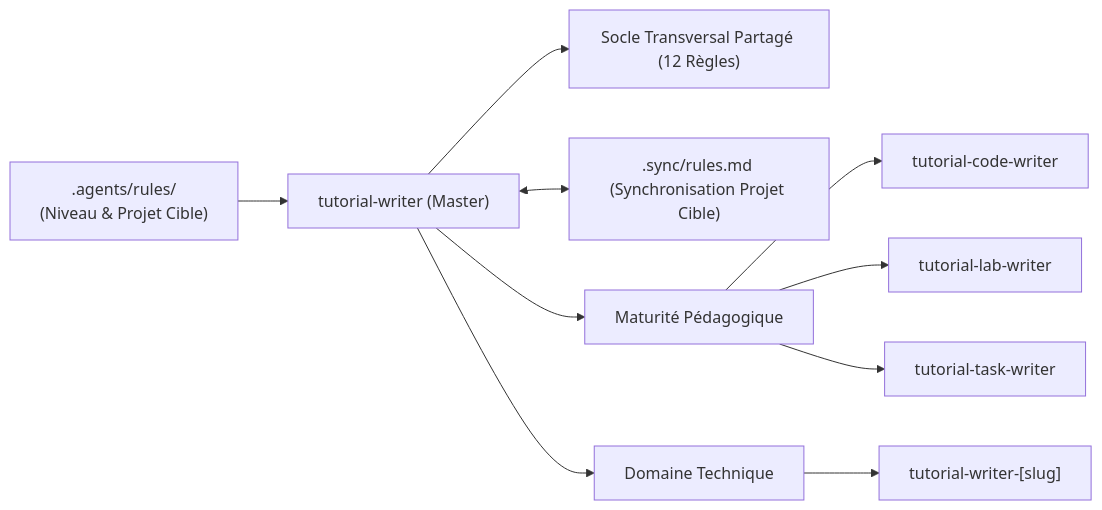
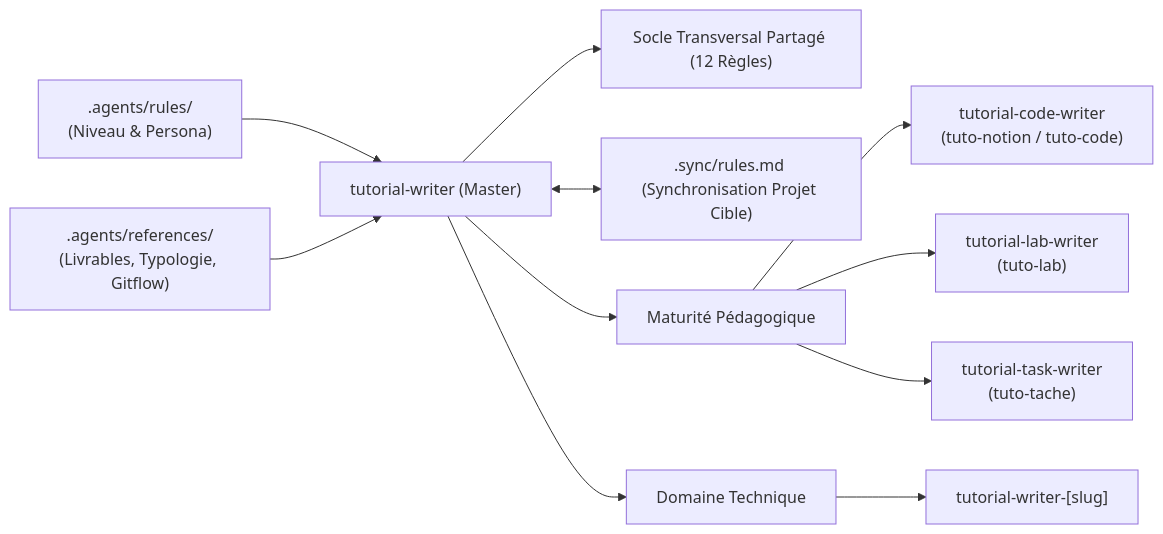
Before and after one commit to solicode-web-mobile/autoformations-professionaliser: the diagram in .agents/skills/tutorial-writer/SKILL.md, drawn with Mermaid. The commit also changed other lines of this file and 10 other files, not shown here.

````diff
--- a/.agents/skills/tutorial-writer/SKILL.md
+++ b/.agents/skills/tutorial-writer/SKILL.md
@@ -10,12 +10,13 @@
 ```mermaid
 flowchart LR
-    Rules[".agents/rules/<br/>(Niveau & Projet Cible)"] --> Master["tutorial-writer (Master)"]
+    Rules[".agents/rules/<br/>(Niveau & Persona)"] --> Master["tutorial-writer (Master)"]
+    Refs[".agents/references/<br/>(Livrables, Typologie, Gitflow)"] --> Master
     Master --> RulesShared["Socle Transversal Partagé (12 Règles)"]
     Master <--> Sync[".sync/rules.md (Synchronisation Projet Cible)"]
     Master --> Format["Maturité Pédagogique"]
-    Format --> Code["tutorial-code-writer"]
-    Format --> Lab["tutorial-lab-writer"]
-    Format --> Task["tutorial-task-writer"]
+    Format --> Code["tutorial-code-writer<br/>(tuto-notion / tuto-code)"]
+    Format --> Lab["tutorial-lab-writer<br/>(tuto-lab)"]
+    Format --> Task["tutorial-task-writer<br/>(tuto-tache)"]
     Master --> Domain["Domaine Technique"]
     Domain --> TDomain["tutorial-writer-[slug]"]
 ```
````
